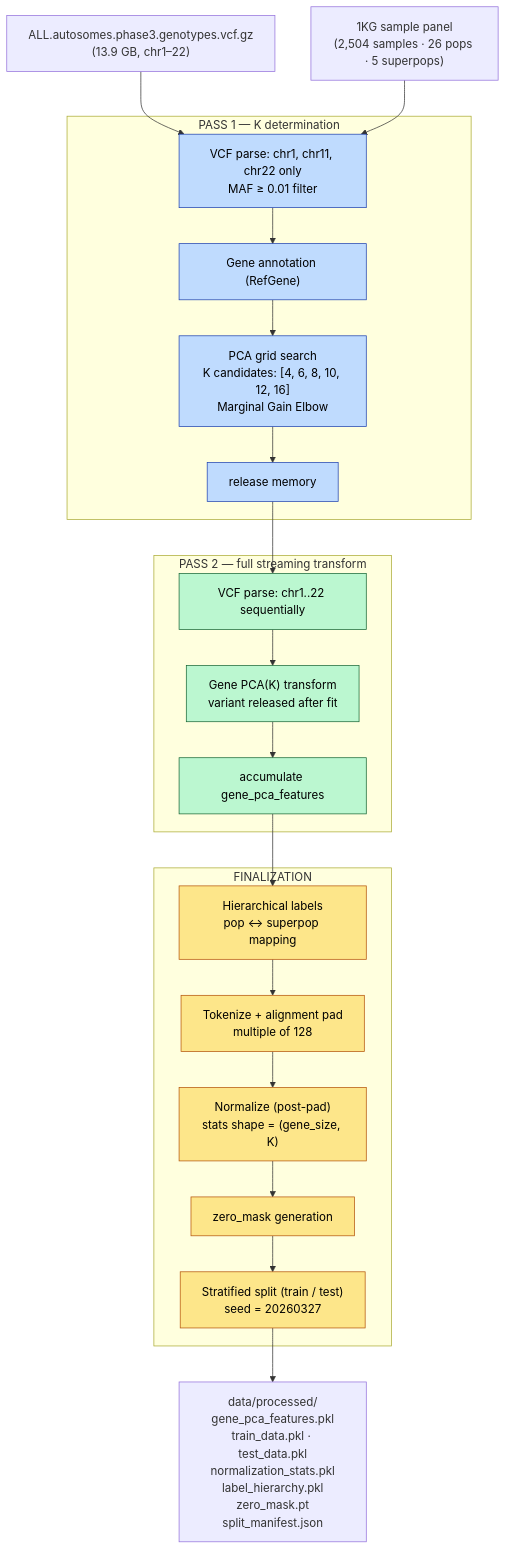
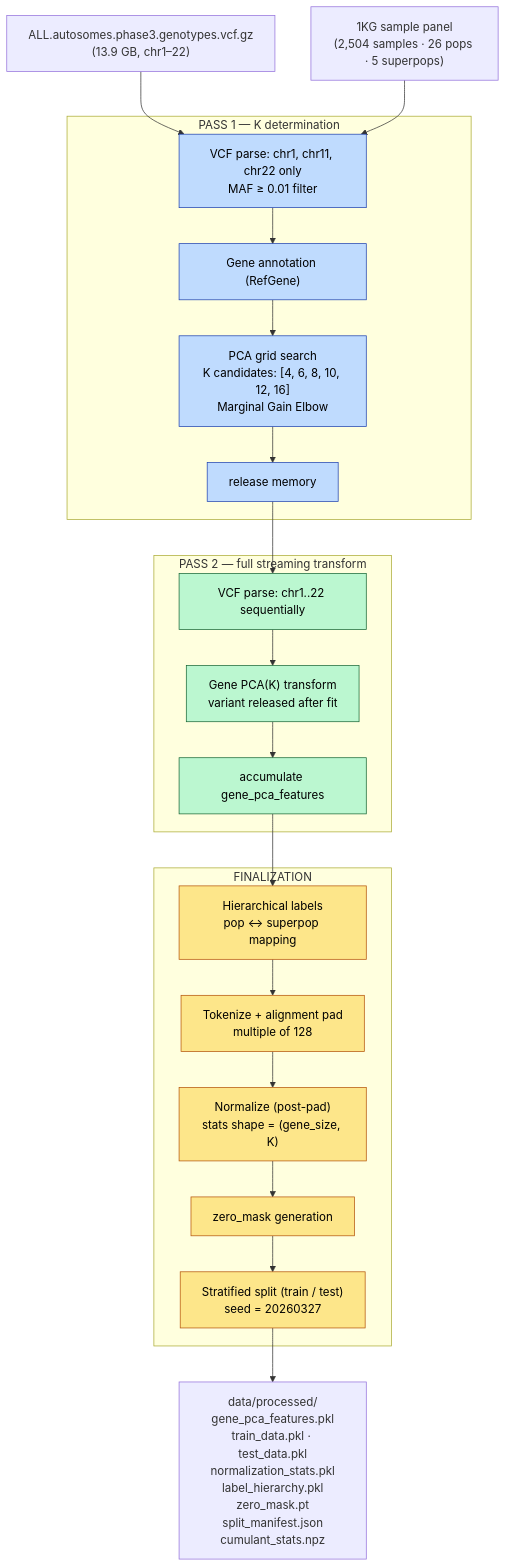
Before and after one commit to zongseung/gene-synthesis-project: the eighth of 8 diagrams in README.md, drawn with Mermaid. The commit also changed other lines of this file and 9 other files, not shown here.

````diff
--- a/README.md
+++ b/README.md
@@ -876,40 +876,40 @@
 ```mermaid
 flowchart TD
     VCF["ALL.autosomes.phase3.genotypes.vcf.gz<br/>(13.9 GB, chr1–22)"]
     PANEL["1KG sample panel<br/>(2,504 samples · 26 pops · 5 superpops)"]
 
     subgraph PASS1["PASS 1 — K determination"]
         P1A["VCF parse: chr1, chr11, chr22 only<br/>MAF ≥ 0.01 filter"]
         P1B["Gene annotation (RefGene)"]
         P1C["PCA grid search<br/>K candidates: [4, 6, 8, 10, 12, 16]<br/>Marginal Gain Elbow"]
         P1D["release memory"]
     end
 
     subgraph PASS2["PASS 2 — full streaming transform"]
         P2A["VCF parse: chr1..22 sequentially"]
         P2B["Gene PCA(K) transform<br/>variant released after fit"]
         P2C["accumulate gene_pca_features"]
     end
 
     subgraph FIN["FINALIZATION"]
         F1["Hierarchical labels<br/>pop ↔ superpop mapping"]
         F2["Tokenize + alignment pad<br/>multiple of 128"]
         F3["Normalize (post-pad)<br/>stats shape = (gene_size, K)"]
         F4["zero_mask generation"]
         F5["Stratified split (train / test)<br/>seed = 20260327"]
     end
 
-    OUT["data/processed/<br/>gene_pca_features.pkl<br/>train_data.pkl · test_data.pkl<br/>normalization_stats.pkl<br/>label_hierarchy.pkl<br/>zero_mask.pt<br/>split_manifest.json"]
+    OUT["data/processed/<br/>gene_pca_features.pkl<br/>train_data.pkl · test_data.pkl<br/>normalization_stats.pkl<br/>label_hierarchy.pkl<br/>zero_mask.pt<br/>split_manifest.json<br/>cumulant_stats.npz"]
 
     VCF --> P1A --> P1B --> P1C --> P1D
     PANEL --> P1A
     P1D --> P2A --> P2B --> P2C
     P2C --> F1 --> F2 --> F3 --> F4 --> F5 --> OUT
 
     classDef p1 fill:#bfdbfe,stroke:#1e40af,color:#000
     classDef p2 fill:#bbf7d0,stroke:#166534,color:#000
     classDef fin fill:#fde68a,stroke:#b45309,color:#000
     class P1A,P1B,P1C,P1D p1
     class P2A,P2B,P2C p2
     class F1,F2,F3,F4,F5 fin
 ```
````
